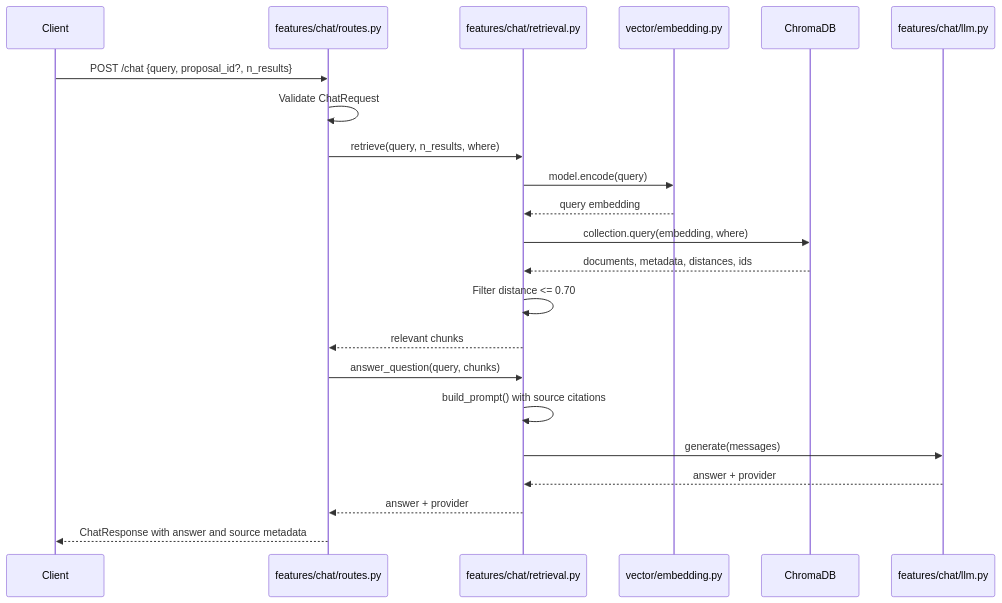
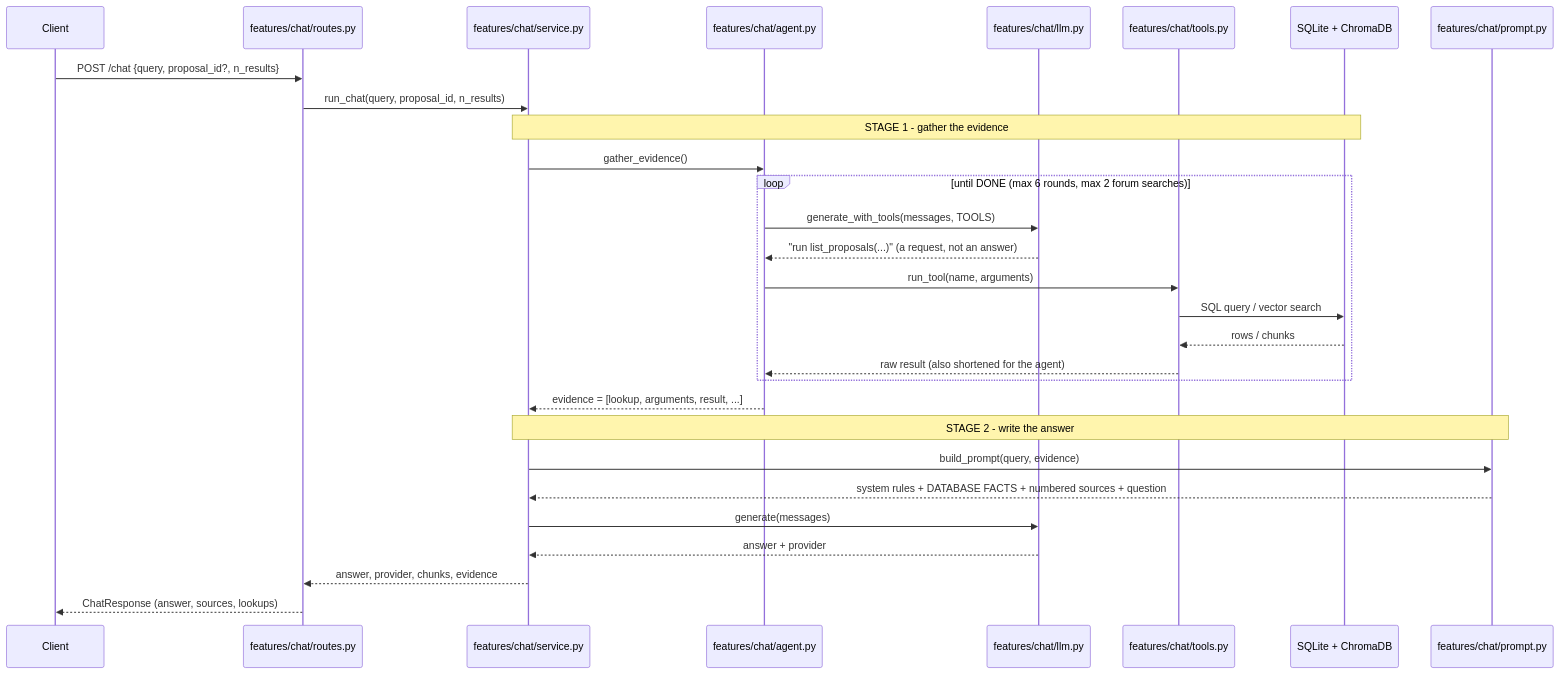
Before and after one commit to Rakshitgoyal770/DOA-BACKEND: the fifth of 6 diagrams in DATA_FLOW.md, drawn with Mermaid. The commit also changed other lines of this file and 5 other files, not shown here.

````diff
--- a/DATA_FLOW.md
+++ b/DATA_FLOW.md
@@ -235,25 +244,32 @@
 ```mermaid
 sequenceDiagram
     participant C as Client
     participant R as features/chat/routes.py
-    participant A as features/chat/retrieval.py
-    participant V as vector/embedding.py
-    participant DB as ChromaDB
+    participant S as features/chat/service.py
+    participant G as features/chat/agent.py
     participant L as features/chat/llm.py
+    participant T as features/chat/tools.py
+    participant D as SQLite + ChromaDB
+    participant P as features/chat/prompt.py
 
     C->>R: POST /chat {query, proposal_id?, n_results}
-    R->>R: Validate ChatRequest
-    R->>A: retrieve(query, n_results, where)
-    A->>V: model.encode(query)
-    V-->>A: query embedding
-    A->>DB: collection.query(embedding, where)
-    DB-->>A: documents, metadata, distances, ids
-    A->>A: Filter distance <= 0.70
-    A-->>R: relevant chunks
-    R->>A: answer_question(query, chunks)
-    A->>A: build_prompt() with source citations
-    A->>L: generate(messages)
-    L-->>A: answer + provider
-    A-->>R: answer + provider
-    R-->>C: ChatResponse with answer and source metadata
+    R->>S: run_chat(query, proposal_id, n_results)
+    Note over S,D: STAGE 1 - gather the evidence
+    S->>G: gather_evidence()
+    loop until DONE (max 6 rounds, max 2 forum searches)
+        G->>L: generate_with_tools(messages, TOOLS)
+        L-->>G: "run list_proposals(...)" (a request, not an answer)
+        G->>T: run_tool(name, arguments)
+        T->>D: SQL query / vector search
+        D-->>T: rows / chunks
+        T-->>G: raw result (also shortened for the agent)
+    end
+    G-->>S: evidence = [lookup, arguments, result, ...]
+    Note over S,P: STAGE 2 - write the answer
+    S->>P: build_prompt(query, evidence)
+    P-->>S: system rules + DATABASE FACTS + numbered sources + question
+    S->>L: generate(messages)
+    L-->>S: answer + provider
+    S-->>R: answer, provider, chunks, evidence
+    R-->>C: ChatResponse (answer, sources, lookups)
 ```
````
